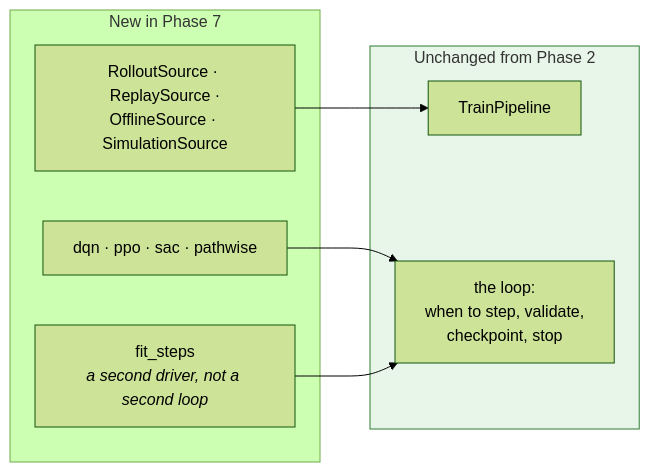
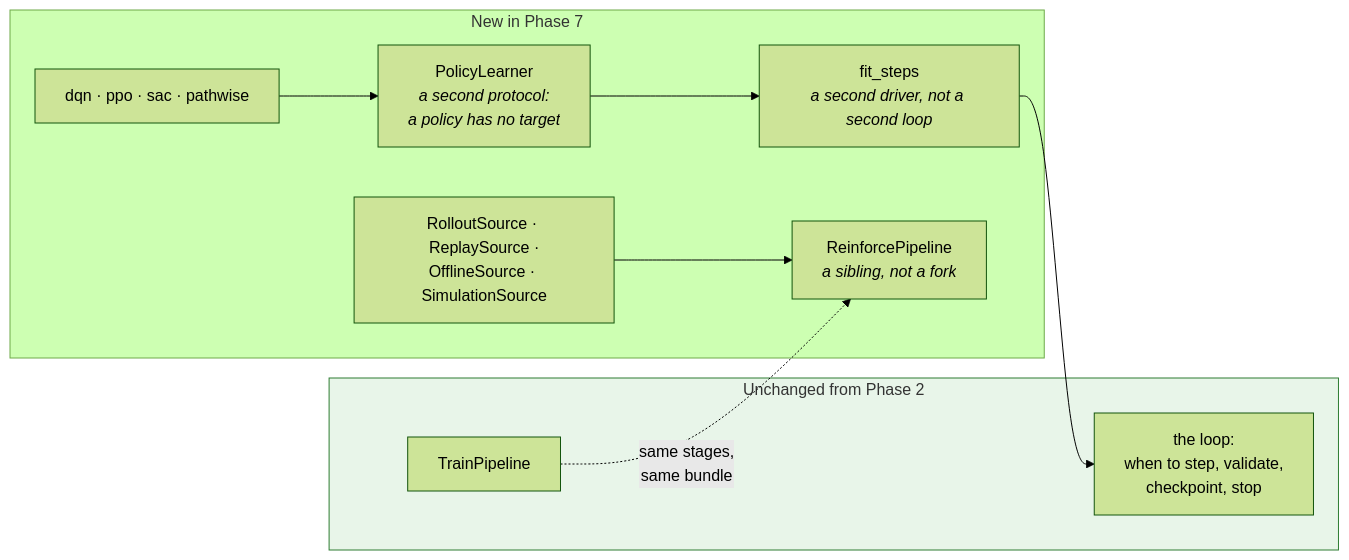
One commit to JStevens95/QuantStrata changed the first of 2 diagrams in src/rade_qnet/docs/phases/PHASE_7_REINFORCEMENT_LEARNING.md. Above: the diagram before and after it, drawn with Mermaid (forest theme). The commit also changed other lines of this file and 31 other files, not shown here.

````diff
--- a/src/rade_qnet/docs/phases/PHASE_7_REINFORCEMENT_LEARNING.md
+++ b/src/rade_qnet/docs/phases/PHASE_7_REINFORCEMENT_LEARNING.md
@@ -71,16 +151,20 @@
 ```mermaid
 flowchart LR
     subgraph UNCHANGED["Unchanged from Phase 2"]
         TP["TrainPipeline"]
         LOOP["the loop:<br/>when to step, validate,<br/>checkpoint, stop"]
     end
     subgraph NEW["New in Phase 7"]
         SRC["RolloutSource · ReplaySource ·<br/>OfflineSource · SimulationSource"]
         LRN["dqn · ppo · sac · pathwise"]
         DRV["fit_steps<br/><i>a second driver, not a second loop</i>"]
+        PL["PolicyLearner<br/><i>a second protocol:<br/>a policy has no target</i>"]
+        RP["ReinforcePipeline<br/><i>a sibling, not a fork</i>"]
     end
-    SRC --> TP
-    LRN --> LOOP
+    SRC --> RP
+    LRN --> PL
+    PL --> DRV
     DRV --> LOOP
+    TP -.->|"same stages,<br/>same bundle"| RP
     style UNCHANGED fill:#e8f5e9,stroke:#2e7d32
 ```
````
